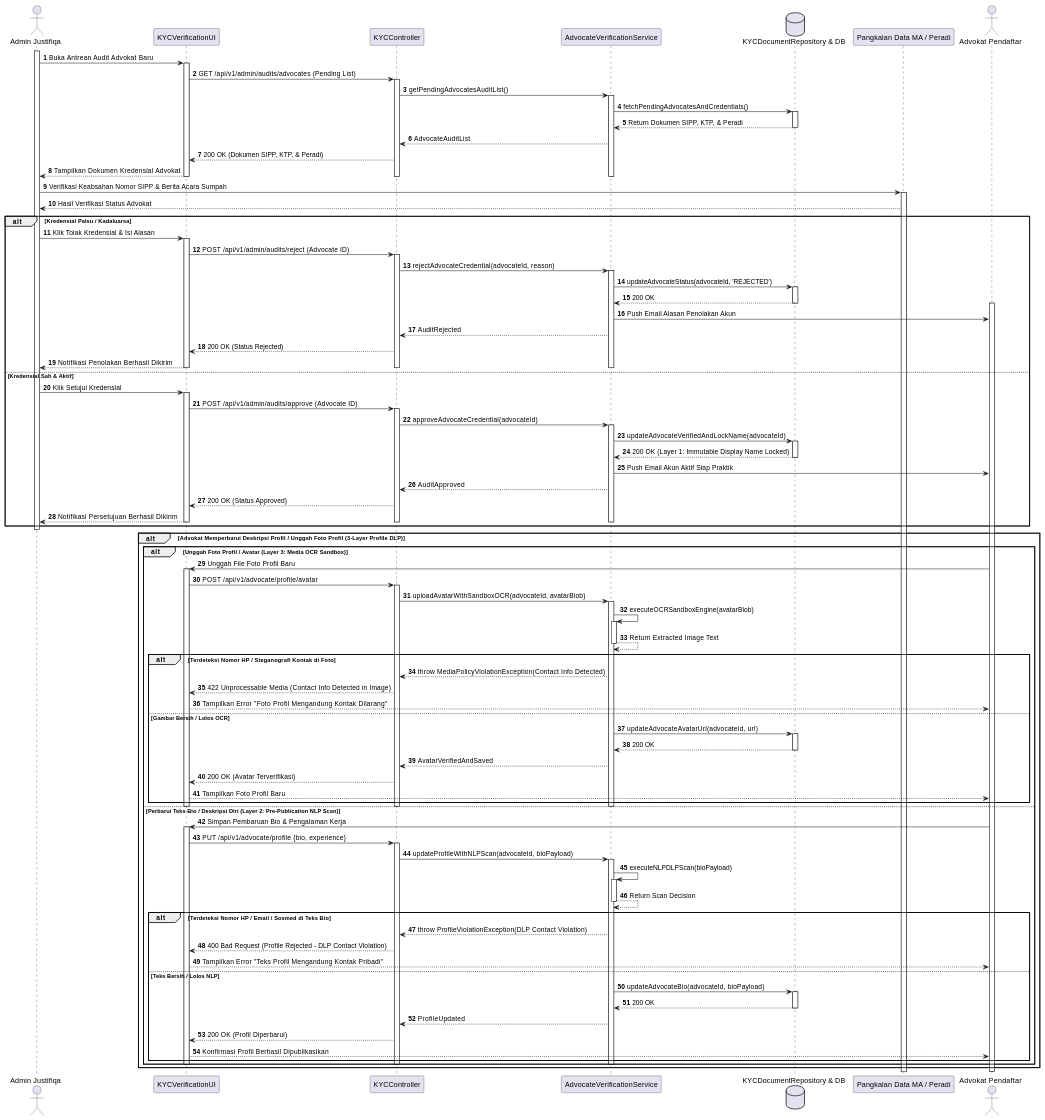
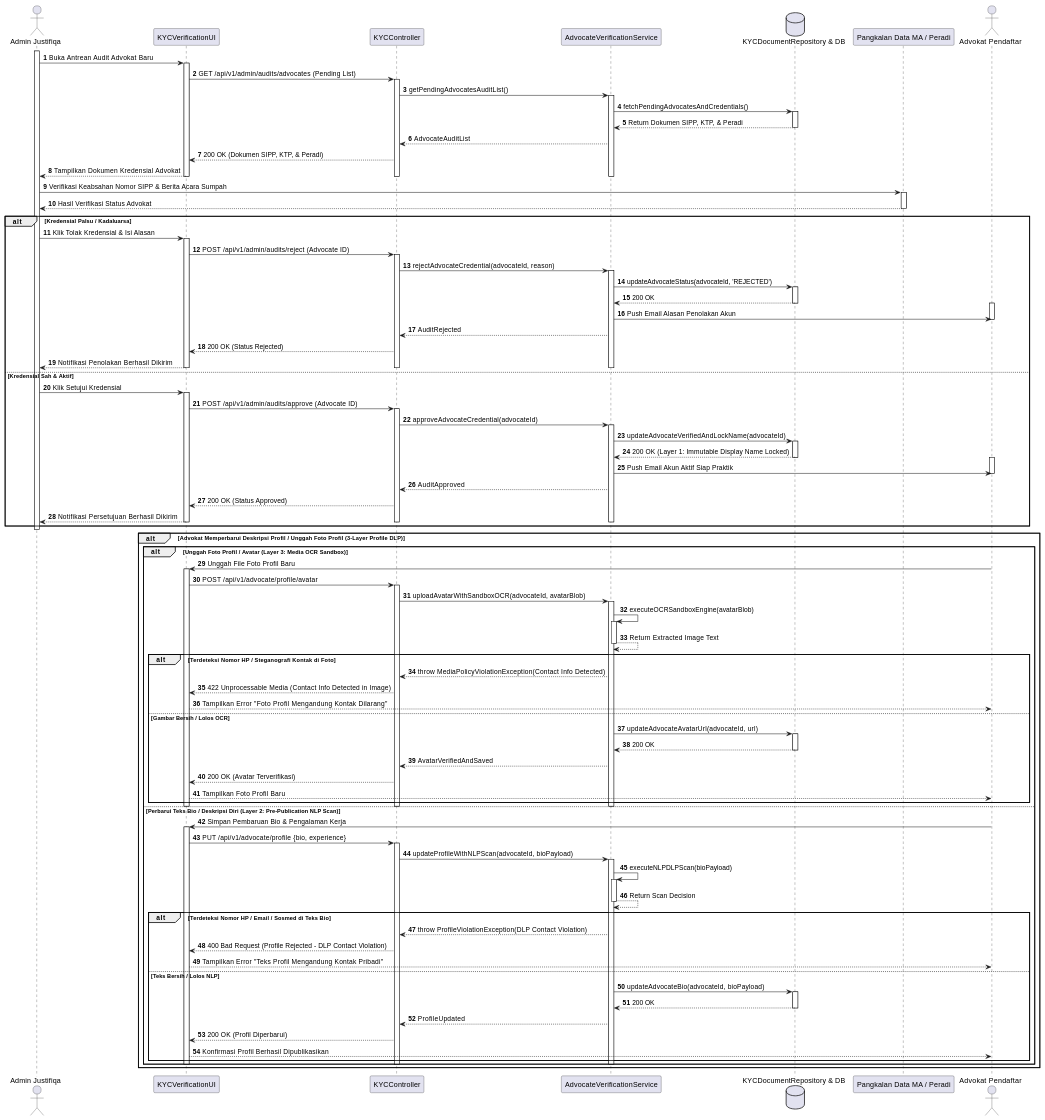
Before and after one commit to tupperwureism/SuperApp-Gagal: the ninth of 28 diagrams in MarkDown/plantuml_sequence_diagrams.md, drawn with PlantUML. The commit also changed other lines of this file, not shown here.

Commit message:
refactor(uml): normalize sequence diagrams SD-J-04 to SD-J-10 activation bars without stacking and explicit database activations

````diff
--- a/MarkDown/plantuml_sequence_diagrams.md
+++ b/MarkDown/plantuml_sequence_diagrams.md
@@ -1052,8 +1116,10 @@
 Admin -> FE ++ : Buka Antrean Audit Advokat Baru
 FE -> CTRL ++ : GET /api/v1/admin/audits/advocates (Pending List)
 CTRL -> SVC ++ : getPendingAdvocatesAuditList()
-SVC -> REPO ++ : fetchPendingAdvocatesAndCredentials()
-REPO --> SVC -- : Return Dokumen SIPP, KTP, & Peradi
+SVC -> REPO : fetchPendingAdvocatesAndCredentials()
+activate REPO
+REPO --> SVC : Return Dokumen SIPP, KTP, & Peradi
+deactivate REPO
 SVC --> CTRL : AdvocateAuditList
 CTRL --> FE : 200 OK (Dokumen SIPP, KTP, & Peradi)
 FE --> Admin : Tampilkan Dokumen Kredensial Advokat
@@ -1062,16 +1128,19 @@
 deactivate FE
 
 Admin -> Peradi ++ : Verifikasi Keabsahan Nomor SIPP & Berita Acara Sumpah
-Peradi --> Admin : Hasil Verifikasi Status Advokat
+Peradi --> Admin -- : Hasil Verifikasi Status Advokat
 
 alt Kredensial Palsu / Kadaluarsa
     Admin -> FE ++ : Klik Tolak Kredensial & Isi Alasan
     FE -> CTRL ++ : POST /api/v1/admin/audits/reject (Advocate ID)
     CTRL -> SVC ++ : rejectAdvocateCredential(advocateId, reason)
-    SVC -> REPO ++ : updateAdvocateStatus(advocateId, 'REJECTED')
-    REPO --> SVC -- : 200 OK
+    SVC -> REPO : updateAdvocateStatus(advocateId, 'REJECTED')
+    activate REPO
+    REPO --> SVC : 200 OK
+    deactivate REPO
     activate Mitra
     SVC -> Mitra : Push Email Alasan Penolakan Akun
+    deactivate Mitra
     SVC --> CTRL : AuditRejected
     CTRL --> FE : 200 OK (Status Rejected)
     FE --> Admin : Notifikasi Penolakan Berhasil Dikirim
@@ -1082,9 +1151,13 @@
     Admin -> FE ++ : Klik Setujui Kredensial
     FE -> CTRL ++ : POST /api/v1/admin/audits/approve (Advocate ID)
     CTRL -> SVC ++ : approveAdvocateCredential(advocateId)
-    SVC -> REPO ++ : updateAdvocateVerifiedAndLockName(advocateId)
-    REPO --> SVC -- : 200 OK (Layer 1: Immutable Display Name Locked)
+    SVC -> REPO : updateAdvocateVerifiedAndLockName(advocateId)
+    activate REPO
+    REPO --> SVC : 200 OK (Layer 1: Immutable Display Name Locked)
+    deactivate REPO
+    activate Mitra
     SVC -> Mitra : Push Email Akun Aktif Siap Praktik
+    deactivate Mitra
     SVC --> CTRL : AuditApproved
     CTRL --> FE : 200 OK (Status Approved)
     FE --> Admin : Notifikasi Persetujuan Berhasil Dikirim
@@ -1096,6 +1169,7 @@
 
 alt Advokat Memperbarui Deskripsi Profil / Unggah Foto Profil (3-Layer Profile DLP)
     alt Unggah Foto Profil / Avatar (Layer 3: Media OCR Sandbox)
+        activate Mitra
         Mitra -> FE ++ : Unggah File Foto Profil Baru
         FE -> CTRL ++ : POST /api/v1/advocate/profile/avatar
         CTRL -> SVC ++ : uploadAvatarWithSandboxOCR(advocateId, avatarBlob)
@@ -1106,8 +1180,10 @@
             CTRL --> FE : 422 Unprocessable Media (Contact Info Detected in Image)
             FE --> Mitra : Tampilkan Error "Foto Profil Mengandung Kontak Dilarang"
         else Gambar Bersih / Lolos OCR
-            SVC -> REPO ++ : updateAdvocateAvatarUrl(advocateId, url)
-            REPO --> SVC -- : 200 OK
+            SVC -> REPO : updateAdvocateAvatarUrl(advocateId, url)
+            activate REPO
+            REPO --> SVC : 200 OK
+            deactivate REPO
             SVC --> CTRL : AvatarVerifiedAndSaved
             CTRL --> FE : 200 OK (Avatar Terverifikasi)
             FE --> Mitra : Tampilkan Foto Profil Baru
@@ -1115,7 +1191,9 @@
         deactivate SVC
         deactivate CTRL
         deactivate FE
+        deactivate Mitra
     else Perbarui Teks Bio / Deskripsi Diri (Layer 2: Pre-Publication NLP Scan)
+        activate Mitra
         Mitra -> FE ++ : Simpan Pembaruan Bio & Pengalaman Kerja
         FE -> CTRL ++ : PUT /api/v1/advocate/profile {bio, experience}
         CTRL -> SVC ++ : updateProfileWithNLPScan(advocateId, bioPayload)
@@ -1126,8 +1204,10 @@
             CTRL --> FE : 400 Bad Request (Profile Rejected - DLP Contact Violation)
             FE --> Mitra : Tampilkan Error "Teks Profil Mengandung Kontak Pribadi"
         else Teks Bersih / Lolos NLP
-            SVC -> REPO ++ : updateAdvocateBio(advocateId, bioPayload)
-            REPO --> SVC -- : 200 OK
+            SVC -> REPO : updateAdvocateBio(advocateId, bioPayload)
+            activate REPO
+            REPO --> SVC : 200 OK
+            deactivate REPO
             SVC --> CTRL : ProfileUpdated
             CTRL --> FE : 200 OK (Profil Diperbarui)
             FE --> Mitra : Konfirmasi Profil Berhasil Dipublikasikan
@@ -1135,8 +1215,8 @@
         deactivate SVC
         deactivate CTRL
         deactivate FE
+        deactivate Mitra
     end
 end
-deactivate Mitra
 @enduml
 ```
````
